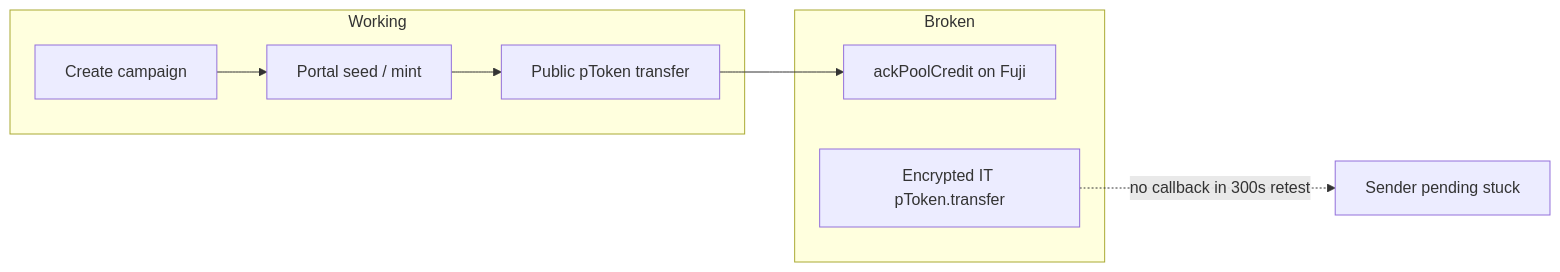
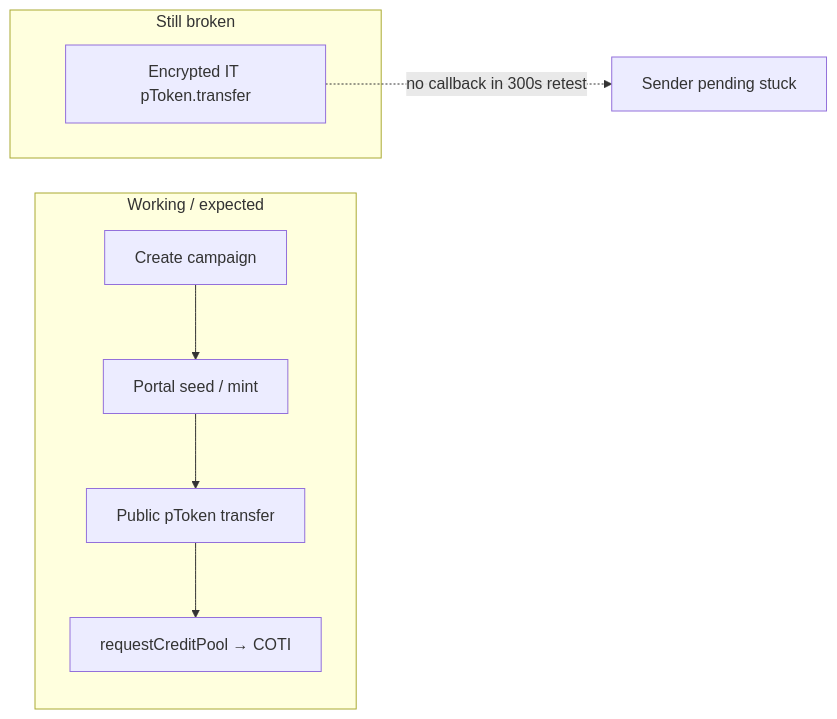
One commit to cotitech-io/hrpayroll-ui changed the diagram in ui/docs/README.md. Above: the diagram before and after it, drawn with Mermaid. The commit also changed other lines of this file and 27 other files, not shown here.

````diff
--- a/ui/docs/README.md
+++ b/ui/docs/README.md
@@ -11,14 +13,14 @@
 ```mermaid
 flowchart LR
-  subgraph ok [Working]
+  subgraph ok [Working / expected]
     C[Create campaign]
     S[Portal seed / mint]
     T[Public pToken transfer]
+    R[requestCreditPool → COTI]
   end
-  subgraph broken [Broken]
-    A[ackPoolCredit on Fuji]
+  subgraph still [Still broken]
     IT[Encrypted IT pToken.transfer]
   end
-  C --> S --> T --> A
+  C --> S --> T --> R
   IT -.->|no callback in 300s retest| X[Sender pending stuck]
 ```
````
